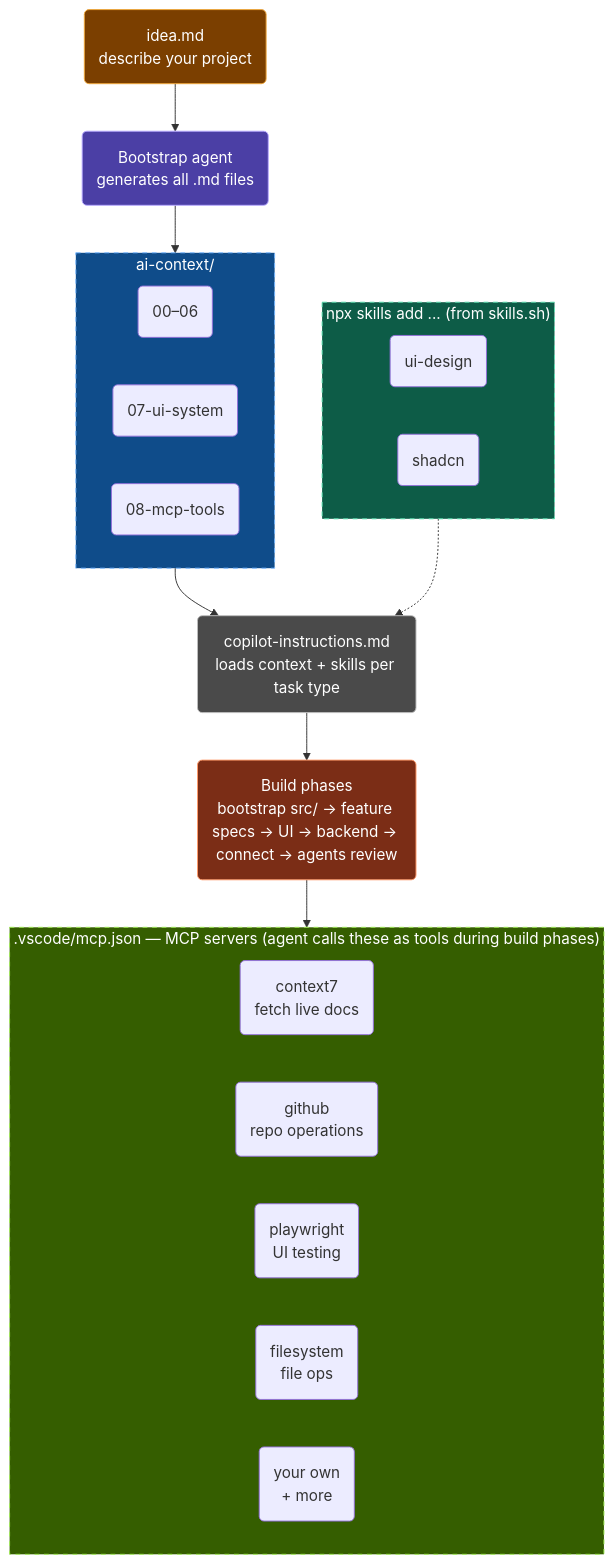
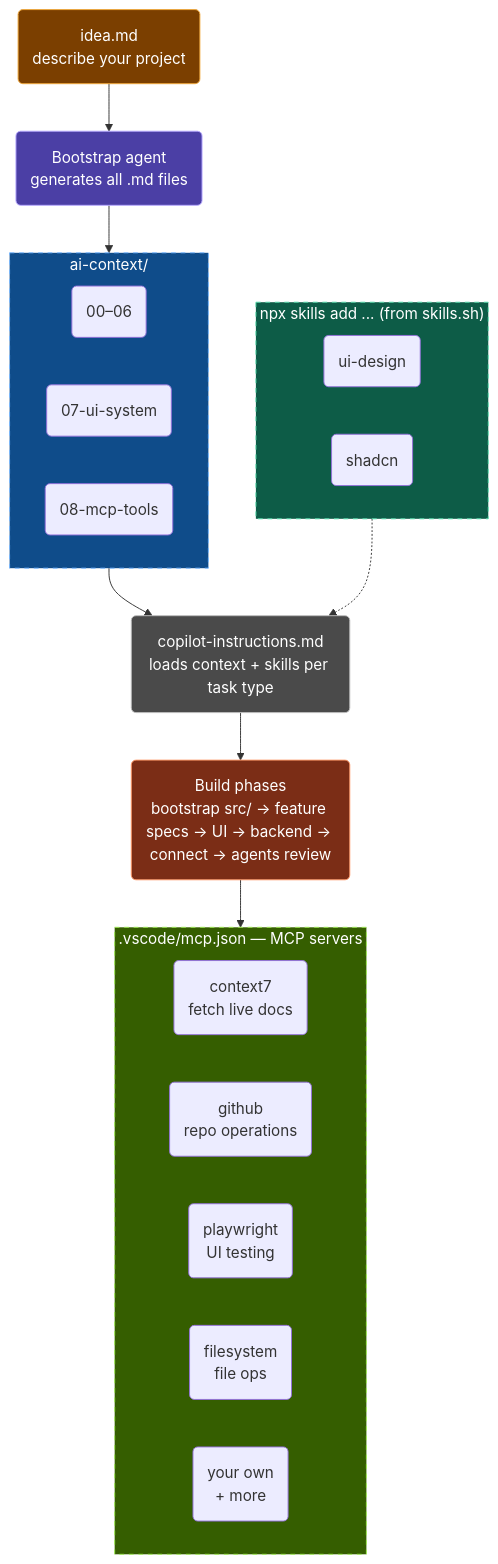
The diagram in README.md (dui14/vibe-coding-workflow), drawn with Mermaid before and after one commit. The commit also changed other lines of this file, not shown here.

````diff
--- a/README.md
+++ b/README.md
@@ -56,57 +56,57 @@
 ```mermaid
 ---
 config:
   layout: fixed
 ---
 flowchart TB
  subgraph AICTX["ai-context/"]
     direction LR
         A1["00–06"]
         A2["07-ui-system"]
         A3["08-mcp-tools"]
   end
  subgraph SKILLS["npx skills add ... (from skills.sh)"]
     direction LR
         S1["ui-design"]
         S2["shadcn"]
   end
- subgraph MCP[".vscode/mcp.json — MCP servers (agent calls these as tools during build phases)"]
+ subgraph MCP[".vscode/mcp.json — MCP servers"]
     direction LR
         M1["context7<br>fetch live docs"]
         M2["github<br>repo operations"]
         M3["playwright<br>UI testing"]
         M4["filesystem<br>file ops"]
         M5["your own<br>+ more"]
   end
     IDEA["idea.md<br>describe your project"] --> BOOT["Bootstrap agent<br>generates all .md files"]
     BOOT --> AICTX
     AICTX --> COPILOT["copilot-instructions.md<br>loads context + skills per task type"]
     SKILLS -.-> COPILOT
     COPILOT --> BUILD["Build phases<br>bootstrap src/ → feature specs → UI → backend → connect → agents review"]
     BUILD --> MCP
 
     A1@{ shape: rounded}
     A2@{ shape: rounded}
     A3@{ shape: rounded}
     S1@{ shape: rounded}
     S2@{ shape: rounded}
     M1@{ shape: rounded}
     M2@{ shape: rounded}
     M3@{ shape: rounded}
     M4@{ shape: rounded}
     M5@{ shape: rounded}
     IDEA@{ shape: rounded}
     BOOT@{ shape: rounded}
     AICTX@{ shape: rounded}
     COPILOT@{ shape: rounded}
     SKILLS@{ shape: rounded}
     BUILD@{ shape: rounded}
     MCP@{ shape: rounded}
     style IDEA fill:#7B3F00,stroke:#F2A93B,color:#ffffff
     style BOOT fill:#4B3FA5,stroke:#B7A9FF,color:#ffffff
     style AICTX fill:#0F4C8A,stroke:#73B6FF,color:#ffffff,stroke-dasharray: 5 5
     style COPILOT fill:#4A4A4A,stroke:#BDBDBD,color:#ffffff
     style SKILLS fill:#0D5C47,stroke:#5DE2B1,color:#ffffff,stroke-dasharray: 5 5
     style BUILD fill:#7B2D16,stroke:#FF9A6A,color:#ffffff
     style MCP fill:#355E00,stroke:#9EEA52,color:#ffffff,stroke-dasharray: 5 5
 ```
````
